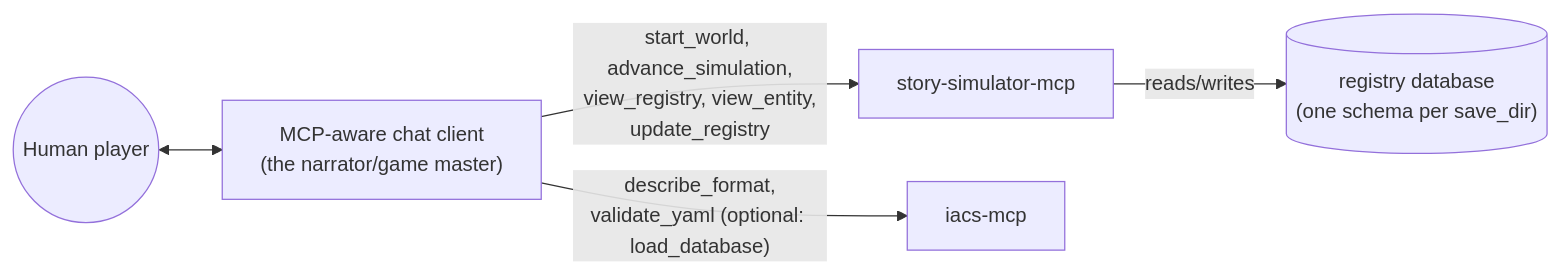
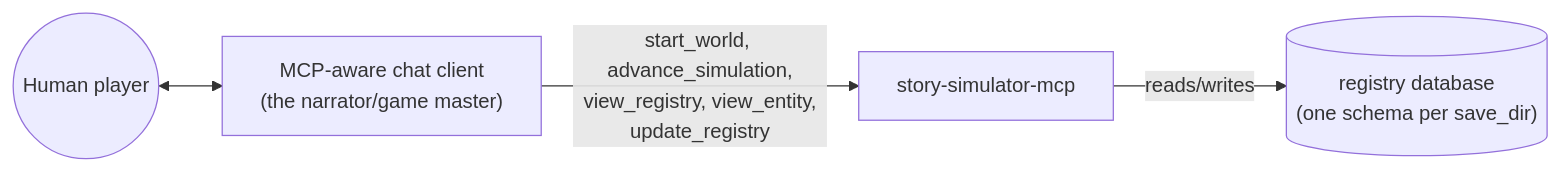
Before and after one commit to zhafen/story-simulator: the first of 2 diagrams in docs/architecture.md, drawn with Mermaid. The commit also changed other lines of this file and 10 other files, not shown here.

````diff
--- a/docs/architecture.md
+++ b/docs/architecture.md
@@ -32,7 +32,6 @@
 ```mermaid
 flowchart LR
     Human(("Human player")) <--> Client["MCP-aware chat client<br/>(the narrator/game master)"]
     Client -- "start_world, advance_simulation,<br/>view_registry, view_entity,<br/>update_registry" --> Server["story-simulator-mcp"]
-    Client -- "describe_format,<br/>validate_yaml (optional: load_database)" --> Iacs["iacs-mcp"]
     Server -- "reads/writes" --> DB[("registry database<br/>(one schema per save_dir)")]
 ```
````
